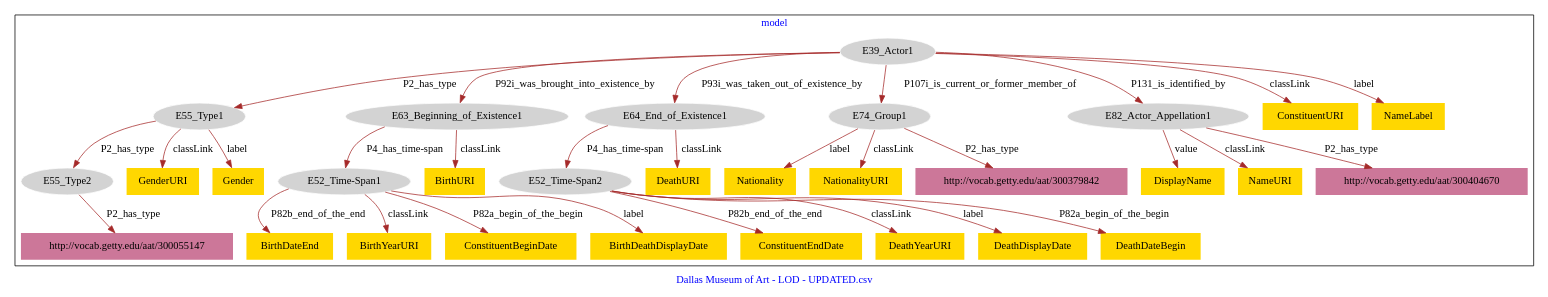
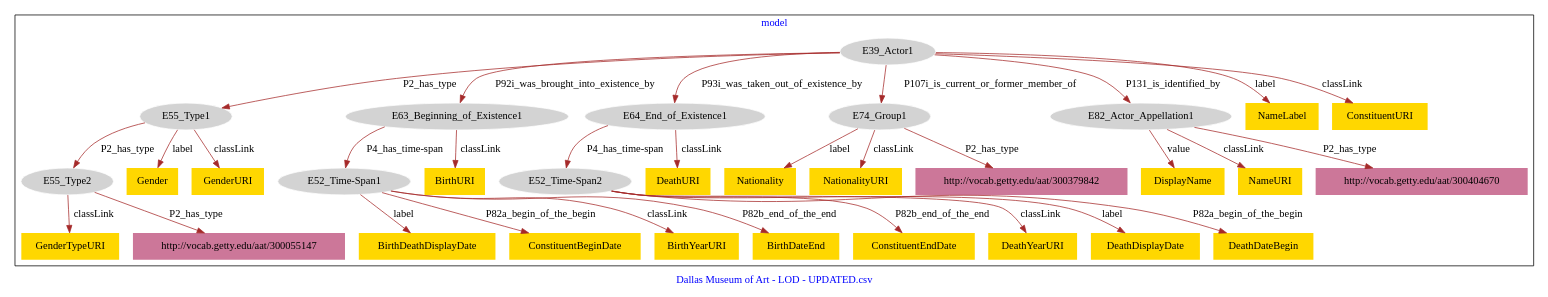
Before and after one commit to american-art/DMA: the diagram in Constituents/DMA_Constituents-model.dot, drawn with Graphviz.

Commit message:
Update file DMA_Constituents-model.dot

```diff
--- a/Constituents/DMA_Constituents-model.dot
+++ b/Constituents/DMA_Constituents-model.dot
@@ -1,67 +1,69 @@
 digraph n0 {
 fontcolor="blue"
 remincross="true"
 label="Dallas Museum of Art - LOD - UPDATED.csv"
 subgraph cluster {
 label="model"
 n2[style="filled",color="white",fillcolor="lightgray",label="E39_Actor1"];
 n3[style="filled",color="white",fillcolor="lightgray",label="E55_Type1"];
 n4[style="filled",color="white",fillcolor="lightgray",label="E63_Beginning_of_Existence1"];
 n5[style="filled",color="white",fillcolor="lightgray",label="E64_End_of_Existence1"];
 n6[style="filled",color="white",fillcolor="lightgray",label="E74_Group1"];
 n7[style="filled",color="white",fillcolor="lightgray",label="E82_Actor_Appellation1"];
 n8[style="filled",color="white",fillcolor="lightgray",label="E55_Type2"];
 n9[style="filled",color="white",fillcolor="lightgray",label="E52_Time-Span1"];
 n10[style="filled",color="white",fillcolor="lightgray",label="E52_Time-Span2"];
-n11[shape="plaintext",style="filled",fillcolor="gold",label="BirthDateEnd"];
-n12[shape="plaintext",style="filled",fillcolor="gold",label="Nationality"];
-n13[shape="plaintext",style="filled",fillcolor="gold",label="BirthYearURI"];
-n14[shape="plaintext",style="filled",fillcolor="gold",label="NationalityURI"];
-n15[shape="plaintext",style="filled",fillcolor="gold",label="ConstituentBeginDate"];
-n16[shape="plaintext",style="filled",fillcolor="gold",label="BirthDeathDisplayDate"];
-n17[shape="plaintext",style="filled",fillcolor="gold",label="DisplayName"];
-n18[shape="plaintext",style="filled",fillcolor="gold",label="GenderURI"];
-n19[shape="plaintext",style="filled",fillcolor="gold",label="BirthURI"];
-n20[shape="plaintext",style="filled",fillcolor="gold",label="Gender"];
-n21[shape="plaintext",style="filled",fillcolor="gold",label="NameURI"];
-n22[shape="plaintext",style="filled",fillcolor="gold",label="ConstituentEndDate"];
-n23[shape="plaintext",style="filled",fillcolor="gold",label="DeathURI"];
-n24[shape="plaintext",style="filled",fillcolor="gold",label="DeathYearURI"];
+n11[shape="plaintext",style="filled",fillcolor="gold",label="NameLabel"];
+n12[shape="plaintext",style="filled",fillcolor="gold",label="DeathURI"];
+n13[shape="plaintext",style="filled",fillcolor="gold",label="Gender"];
+n14[shape="plaintext",style="filled",fillcolor="gold",label="DisplayName"];
+n15[shape="plaintext",style="filled",fillcolor="gold",label="ConstituentEndDate"];
+n16[shape="plaintext",style="filled",fillcolor="gold",label="Nationality"];
+n17[shape="plaintext",style="filled",fillcolor="gold",label="DeathYearURI"];
+n18[shape="plaintext",style="filled",fillcolor="gold",label="BirthDeathDisplayDate"];
+n19[shape="plaintext",style="filled",fillcolor="gold",label="ConstituentBeginDate"];
+n20[shape="plaintext",style="filled",fillcolor="gold",label="GenderTypeURI"];
+n21[shape="plaintext",style="filled",fillcolor="gold",label="GenderURI"];
+n22[shape="plaintext",style="filled",fillcolor="gold",label="DeathDisplayDate"];
+n23[shape="plaintext",style="filled",fillcolor="gold",label="DeathDateBegin"];
+n24[shape="plaintext",style="filled",fillcolor="gold",label="BirthYearURI"];
 n25[shape="plaintext",style="filled",fillcolor="gold",label="ConstituentURI"];
-n26[shape="plaintext",style="filled",fillcolor="gold",label="NameLabel"];
-n27[shape="plaintext",style="filled",fillcolor="gold",label="DeathDisplayDate"];
-n28[shape="plaintext",style="filled",fillcolor="gold",label="DeathDateBegin"];
-n29[shape="plaintext",style="filled",fillcolor="#CC7799",label="http://vocab.getty.edu/aat/300404670"];
-n30[shape="plaintext",style="filled",fillcolor="#CC7799",label="http://vocab.getty.edu/aat/300055147"];
-n31[shape="plaintext",style="filled",fillcolor="#CC7799",label="http://vocab.getty.edu/aat/300379842"];
+n26[shape="plaintext",style="filled",fillcolor="gold",label="NationalityURI"];
+n27[shape="plaintext",style="filled",fillcolor="gold",label="BirthDateEnd"];
+n28[shape="plaintext",style="filled",fillcolor="gold",label="NameURI"];
+n29[shape="plaintext",style="filled",fillcolor="gold",label="BirthURI"];
+n30[shape="plaintext",style="filled",fillcolor="#CC7799",label="http://vocab.getty.edu/aat/300404670"];
+n31[shape="plaintext",style="filled",fillcolor="#CC7799",label="http://vocab.getty.edu/aat/300055147"];
+n32[shape="plaintext",style="filled",fillcolor="#CC7799",label="http://vocab.getty.edu/aat/300379842"];
 }
 n2 -> n3[color="brown",fontcolor="black",label="P2_has_type"]
 n2 -> n4[color="brown",fontcolor="black",label="P92i_was_brought_into_existence_by"]
 n2 -> n5[color="brown",fontcolor="black",label="P93i_was_taken_out_of_existence_by"]
 n2 -> n6[color="brown",fontcolor="black",label="P107i_is_current_or_former_member_of"]
 n2 -> n7[color="brown",fontcolor="black",label="P131_is_identified_by"]
 n3 -> n8[color="brown",fontcolor="black",label="P2_has_type"]
 n4 -> n9[color="brown",fontcolor="black",label="P4_has_time-span"]
 n5 -> n10[color="brown",fontcolor="black",label="P4_has_time-span"]
-n9 -> n11[color="brown",fontcolor="black",label="P82b_end_of_the_end"]
-n6 -> n12[color="brown",fontcolor="black",label="label"]
-n9 -> n13[color="brown",fontcolor="black",label="classLink"]
-n6 -> n14[color="brown",fontcolor="black",label="classLink"]
-n9 -> n15[color="brown",fontcolor="black",label="P82a_begin_of_the_begin"]
-n9 -> n16[color="brown",fontcolor="black",label="label"]
-n7 -> n17[color="brown",fontcolor="black",label="value"]
-n3 -> n18[color="brown",fontcolor="black",label="classLink"]
-n4 -> n19[color="brown",fontcolor="black",label="classLink"]
-n3 -> n20[color="brown",fontcolor="black",label="label"]
-n7 -> n21[color="brown",fontcolor="black",label="classLink"]
-n10 -> n22[color="brown",fontcolor="black",label="P82b_end_of_the_end"]
-n5 -> n23[color="brown",fontcolor="black",label="classLink"]
-n10 -> n24[color="brown",fontcolor="black",label="classLink"]
+n2 -> n11[color="brown",fontcolor="black",label="label"]
+n5 -> n12[color="brown",fontcolor="black",label="classLink"]
+n3 -> n13[color="brown",fontcolor="black",label="label"]
+n7 -> n14[color="brown",fontcolor="black",label="value"]
+n10 -> n15[color="brown",fontcolor="black",label="P82b_end_of_the_end"]
+n6 -> n16[color="brown",fontcolor="black",label="label"]
+n10 -> n17[color="brown",fontcolor="black",label="classLink"]
+n9 -> n18[color="brown",fontcolor="black",label="label"]
+n9 -> n19[color="brown",fontcolor="black",label="P82a_begin_of_the_begin"]
+n8 -> n20[color="brown",fontcolor="black",label="classLink"]
+n3 -> n21[color="brown",fontcolor="black",label="classLink"]
+n10 -> n22[color="brown",fontcolor="black",label="label"]
+n10 -> n23[color="brown",fontcolor="black",label="P82a_begin_of_the_begin"]
+n9 -> n24[color="brown",fontcolor="black",label="classLink"]
 n2 -> n25[color="brown",fontcolor="black",label="classLink"]
-n2 -> n26[color="brown",fontcolor="black",label="label"]
-n10 -> n27[color="brown",fontcolor="black",label="label"]
-n10 -> n28[color="brown",fontcolor="black",label="P82a_begin_of_the_begin"]
-n7 -> n29[color="brown",fontcolor="black",label="P2_has_type"]
-n8 -> n30[color="brown",fontcolor="black",label="P2_has_type"]
-n6 -> n31[color="brown",fontcolor="black",label="P2_has_type"]
+n6 -> n26[color="brown",fontcolor="black",label="classLink"]
+n9 -> n27[color="brown",fontcolor="black",label="P82b_end_of_the_end"]
+n7 -> n28[color="brown",fontcolor="black",label="classLink"]
+n4 -> n29[color="brown",fontcolor="black",label="classLink"]
+n7 -> n30[color="brown",fontcolor="black",label="P2_has_type"]
+n8 -> n31[color="brown",fontcolor="black",label="P2_has_type"]
+n6 -> n32[color="brown",fontcolor="black",label="P2_has_type"]
 }
```
